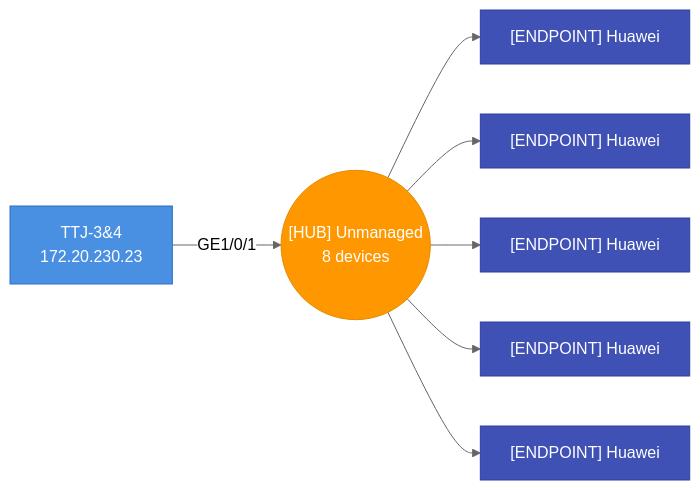
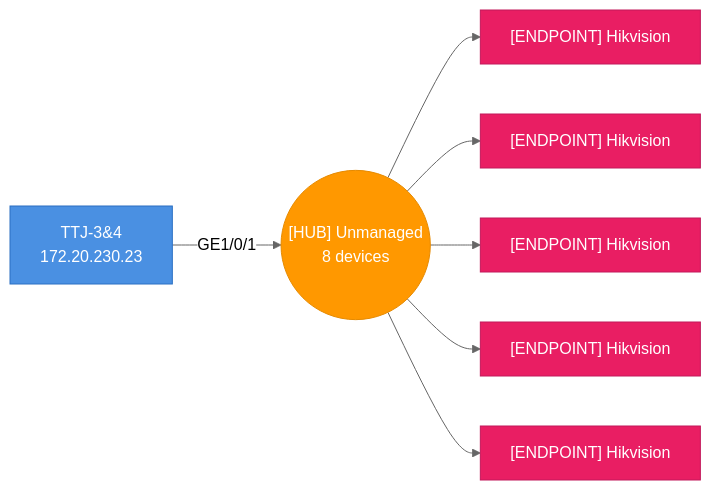
One commit to djamic/LLDP-Skanner-Go changed the tenth of 38 diagrams in testdata/golden/audit_default.md. Above: the diagram before and after it, drawn with Mermaid (neutral theme). The commit also changed other lines of this file and 11 other files, not shown here.

````diff
--- a/testdata/golden/audit_default.md
+++ b/testdata/golden/audit_default.md
@@ -1531,23 +1471,23 @@
 ```mermaid
 graph LR
   hub_4caea3a201ac_p1(("[HUB] Unmanaged<br>8 devices"))
   4caea3a201ac["TTJ-3&4<br>172.20.230.23"]
   4caea3a201ac-- "GE1/0/1" -->hub_4caea3a201ac_p1
   style 4caea3a201ac fill:#4A90E2,stroke:#2A6FC2,color:#fff
-  bc9b5e37bf19["[ENDPOINT] Huawei"]
+  bc9b5e37bf19["[ENDPOINT] Hikvision"]
   hub_4caea3a201ac_p1-->bc9b5e37bf19
-  style bc9b5e37bf19 fill:#3F51B5,stroke:#303F9F,color:#fff
-  bc9b5e37bf20["[ENDPOINT] Huawei"]
+  style bc9b5e37bf19 fill:#E91E63,stroke:#C2185B,color:#fff
+  bc9b5e37bf20["[ENDPOINT] Hikvision"]
   hub_4caea3a201ac_p1-->bc9b5e37bf20
-  style bc9b5e37bf20 fill:#3F51B5,stroke:#303F9F,color:#fff
-  bc9b5e37bf22["[ENDPOINT] Huawei"]
+  style bc9b5e37bf20 fill:#E91E63,stroke:#C2185B,color:#fff
+  bc9b5e37bf22["[ENDPOINT] Hikvision"]
   hub_4caea3a201ac_p1-->bc9b5e37bf22
-  style bc9b5e37bf22 fill:#3F51B5,stroke:#303F9F,color:#fff
-  bc9b5e37bf33["[ENDPOINT] Huawei"]
+  style bc9b5e37bf22 fill:#E91E63,stroke:#C2185B,color:#fff
+  bc9b5e37bf33["[ENDPOINT] Hikvision"]
   hub_4caea3a201ac_p1-->bc9b5e37bf33
-  style bc9b5e37bf33 fill:#3F51B5,stroke:#303F9F,color:#fff
-  bc9b5e37bf3a["[ENDPOINT] Huawei"]
+  style bc9b5e37bf33 fill:#E91E63,stroke:#C2185B,color:#fff
+  bc9b5e37bf3a["[ENDPOINT] Hikvision"]
   hub_4caea3a201ac_p1-->bc9b5e37bf3a
-  style bc9b5e37bf3a fill:#3F51B5,stroke:#303F9F,color:#fff
+  style bc9b5e37bf3a fill:#E91E63,stroke:#C2185B,color:#fff
   style hub_4caea3a201ac_p1 fill:#FF9800,stroke:#E68A00,color:#fff
 ```
````
